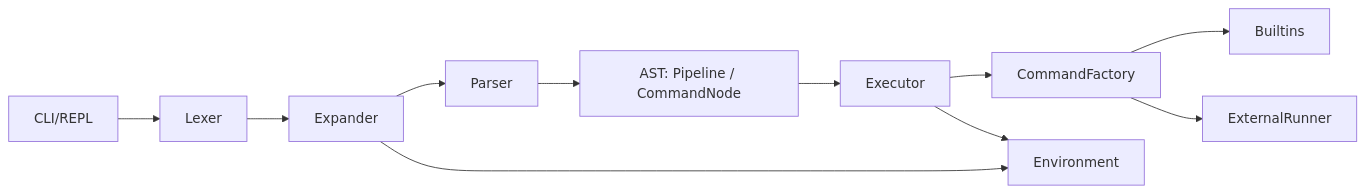
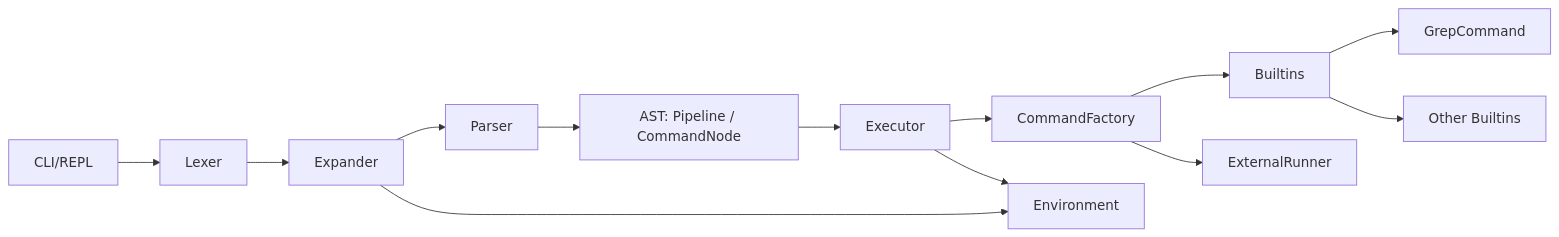
Before and after one commit to hse-se-team-2026/CppShell: the diagram in docs/Architecture.md, drawn with Mermaid. The commit also changed other lines of this file and 10 other files, not shown here.

````diff
--- a/docs/Architecture.md
+++ b/docs/Architecture.md
@@ -91,13 +91,15 @@
 ```mermaid
 flowchart LR
     CLI[CLI/REPL] --> LEX[Lexer]
     LEX --> EXP[Expander]
     EXP --> PAR[Parser]
     PAR --> AST[AST: Pipeline / CommandNode]
     AST --> EXE[Executor]
     EXE --> CF[CommandFactory]
     CF --> BI[Builtins]
+    BI --> GREP[GrepCommand]
+    BI --> OTHERS[Other Builtins]
     CF --> ER[ExternalRunner]
     EXP --> ENV[Environment]
     EXE --> ENV
 ```
````
